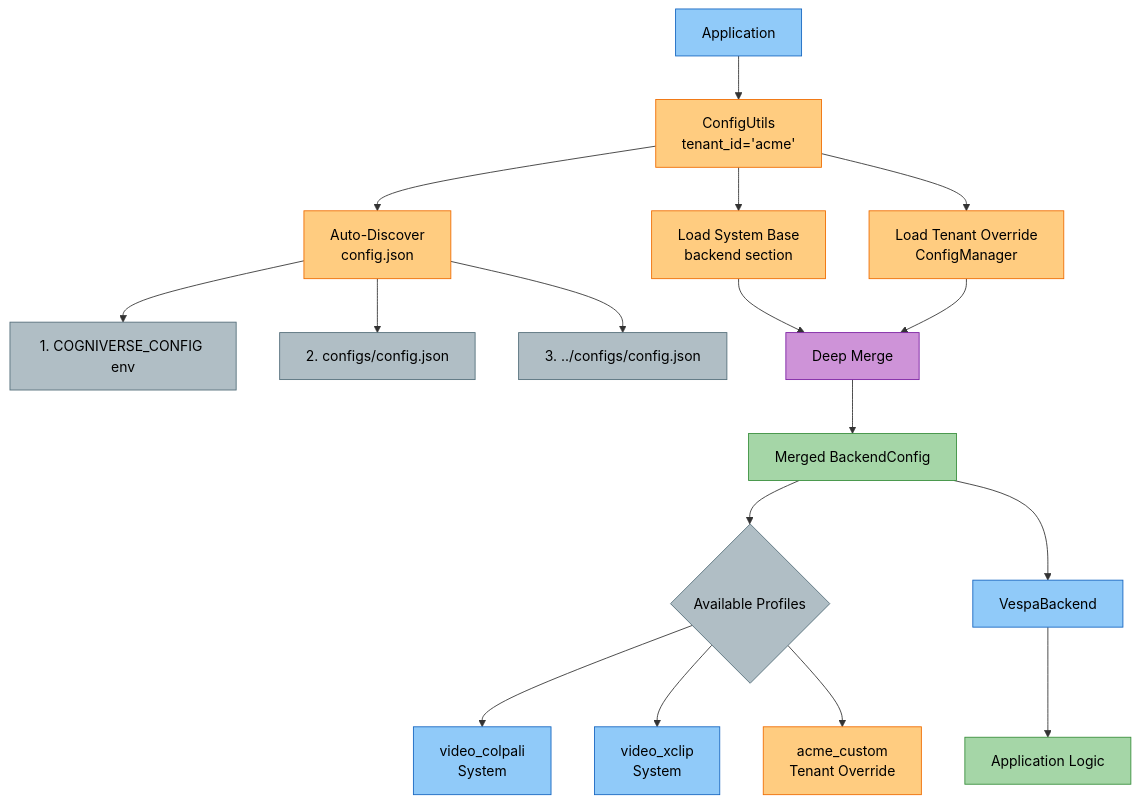
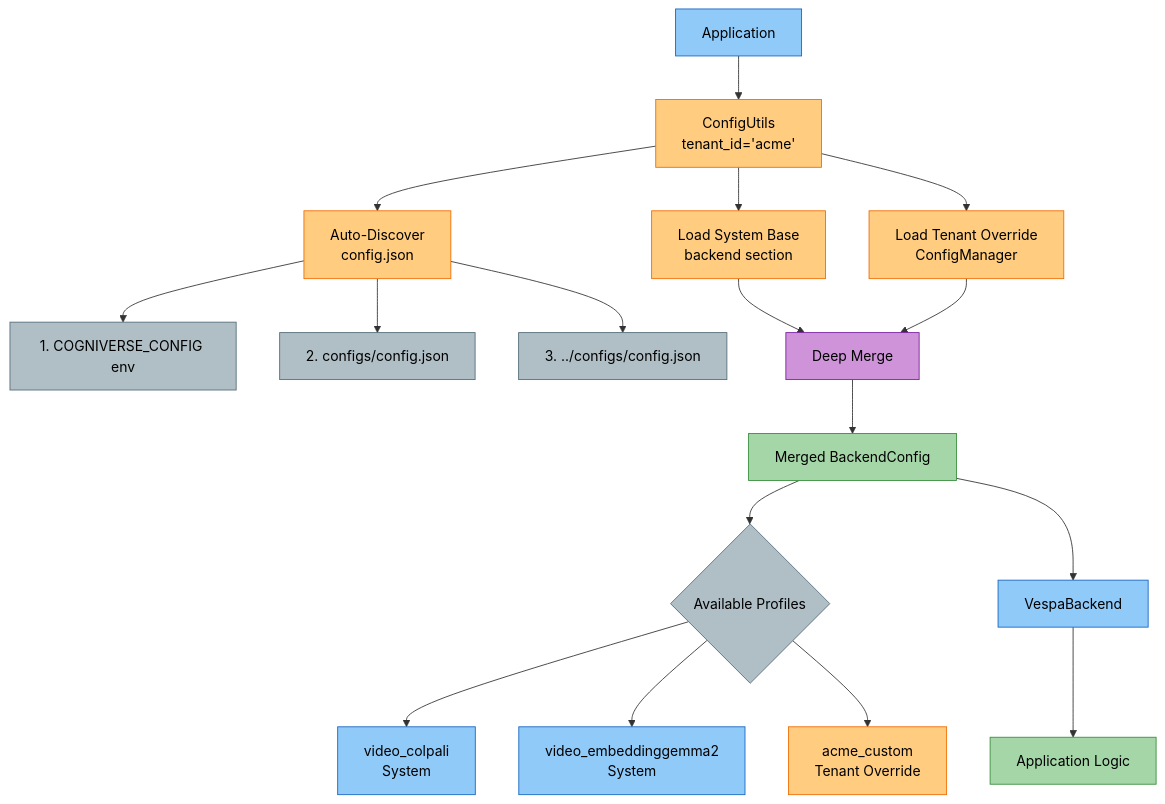
One commit to amit-jain/cogniverse changed the third of 9 diagrams in docs/modules/backends.md. Above: the diagram before and after it, drawn with Mermaid. The commit also changed other lines of this file and 161 other files, not shown here.

````diff
--- a/docs/modules/backends.md
+++ b/docs/modules/backends.md
@@ -472,42 +473,42 @@
 ```mermaid
 flowchart TB
     App["<span style='color:#000'>Application</span>"] --> ConfigUtils["<span style='color:#000'>ConfigUtils<br/>tenant_id='acme'</span>"]
 
     ConfigUtils --> AutoDiscover["<span style='color:#000'>Auto-Discover<br/>config.json</span>"]
     AutoDiscover --> SearchPath1["<span style='color:#000'>1. COGNIVERSE_CONFIG env</span>"]
     AutoDiscover --> SearchPath2["<span style='color:#000'>2. configs/config.json</span>"]
     AutoDiscover --> SearchPath3["<span style='color:#000'>3. ../configs/config.json</span>"]
 
     ConfigUtils --> LoadSystem["<span style='color:#000'>Load System Base<br/>backend section</span>"]
     ConfigUtils --> LoadTenant["<span style='color:#000'>Load Tenant Override<br/>ConfigManager</span>"]
 
     LoadSystem --> Merge["<span style='color:#000'>Deep Merge</span>"]
     LoadTenant --> Merge
 
     Merge --> MergedBackend["<span style='color:#000'>Merged BackendConfig</span>"]
     MergedBackend --> Profiles{"<span style='color:#000'>Available Profiles</span>"}
 
     Profiles --> ColPali["<span style='color:#000'>video_colpali<br/>System</span>"]
-    Profiles --> X-CLIP["<span style='color:#000'>video_xclip<br/>System</span>"]
+    Profiles --> EmbGemma["<span style='color:#000'>video_embeddinggemma2<br/>System</span>"]
     Profiles --> AcmeCustom["<span style='color:#000'>acme_custom<br/>Tenant Override</span>"]
 
     MergedBackend --> VespaBackend["<span style='color:#000'>VespaBackend</span>"]
     VespaBackend --> Application["<span style='color:#000'>Application Logic</span>"]
 
     style App fill:#90caf9,stroke:#1565c0,color:#000
     style ConfigUtils fill:#ffcc80,stroke:#ef6c00,color:#000
     style AutoDiscover fill:#ffcc80,stroke:#ef6c00,color:#000
     style SearchPath1 fill:#b0bec5,stroke:#546e7a,color:#000
     style SearchPath2 fill:#b0bec5,stroke:#546e7a,color:#000
     style SearchPath3 fill:#b0bec5,stroke:#546e7a,color:#000
     style LoadSystem fill:#ffcc80,stroke:#ef6c00,color:#000
     style LoadTenant fill:#ffcc80,stroke:#ef6c00,color:#000
     style Merge fill:#ce93d8,stroke:#7b1fa2,color:#000
     style MergedBackend fill:#a5d6a7,stroke:#388e3c,color:#000
     style Profiles fill:#b0bec5,stroke:#546e7a,color:#000
     style ColPali fill:#90caf9,stroke:#1565c0,color:#000
-    style X-CLIP fill:#90caf9,stroke:#1565c0,color:#000
+    style EmbGemma fill:#90caf9,stroke:#1565c0,color:#000
     style AcmeCustom fill:#ffcc80,stroke:#ef6c00,color:#000
     style VespaBackend fill:#90caf9,stroke:#1565c0,color:#000
     style Application fill:#a5d6a7,stroke:#388e3c,color:#000
 ```
````
